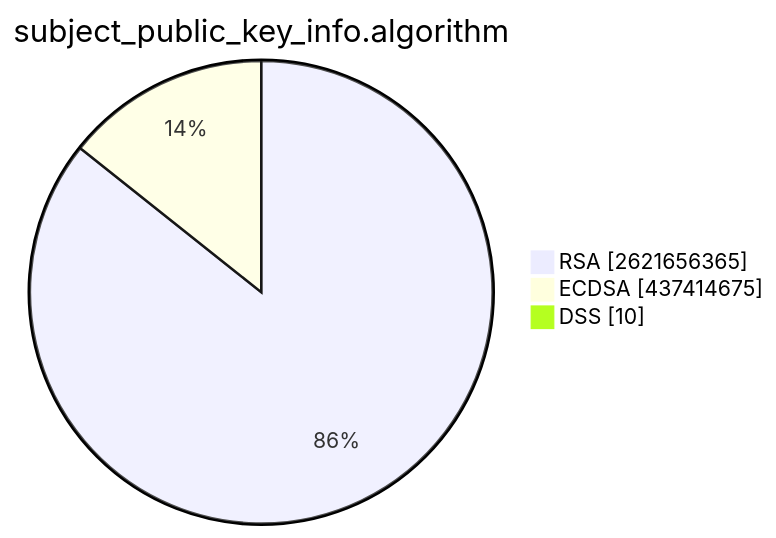
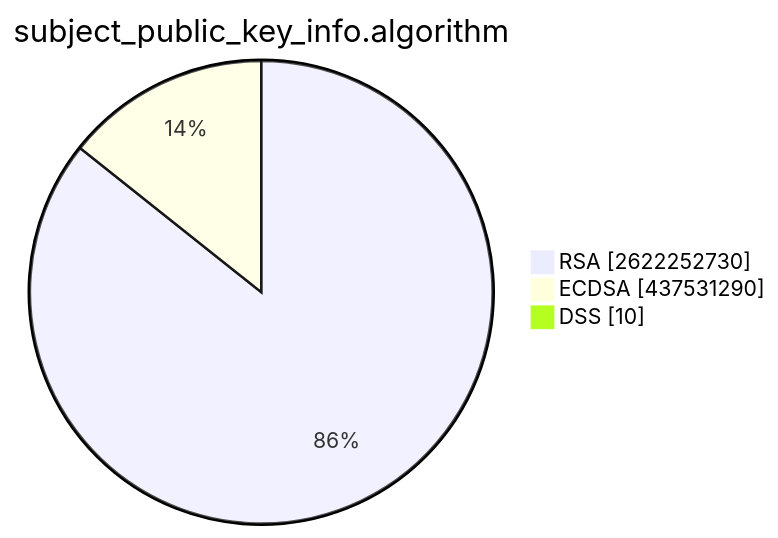
The second of 15 diagrams in TOTAL/README.md (christiankrug/ctmonitor_visualization), drawn with Mermaid before and after one commit. The commit also changed other lines of this file, not shown here.

````diff
--- a/TOTAL/README.md
+++ b/TOTAL/README.md
@@ -6,7 +6,7 @@
 ```mermaid
 pie showData
 title subject_public_key_info.algorithm
-"RSA" :2621656365
-"ECDSA" :437414675
+"RSA" :2622252730
+"ECDSA" :437531290
 "DSS" :10
 ```
````
